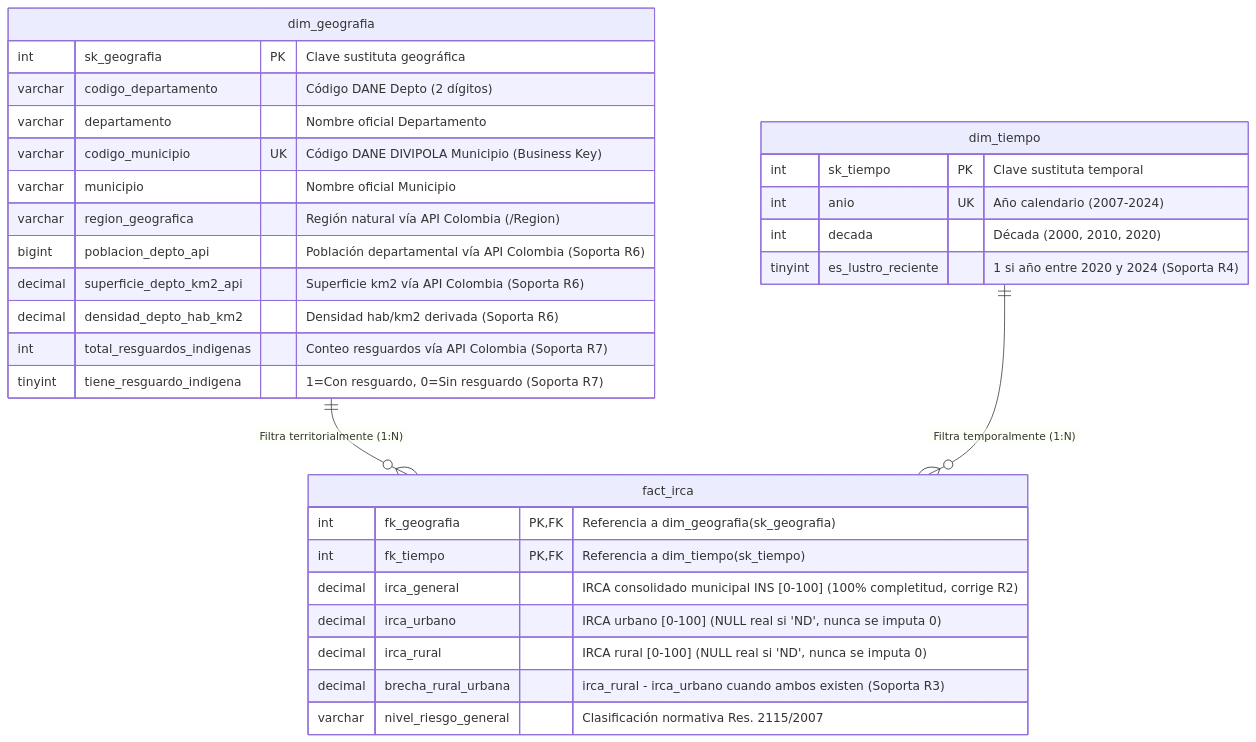
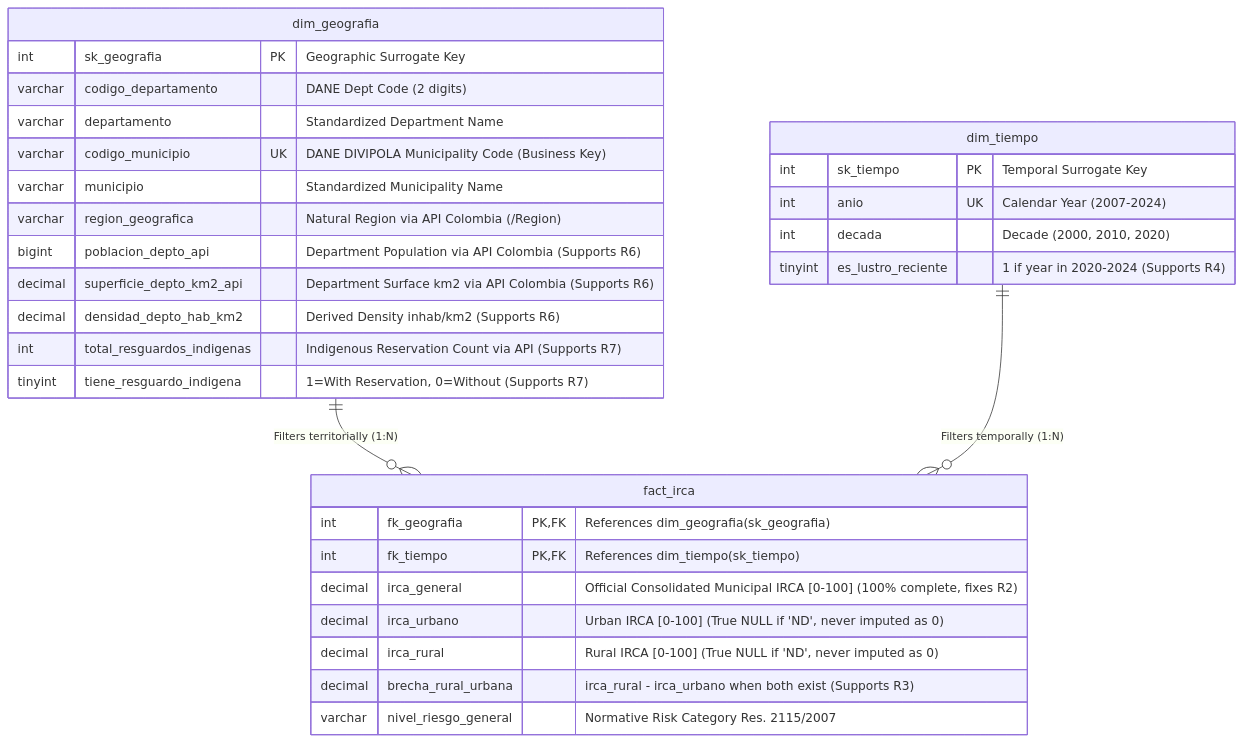
The third of 3 diagrams in README.md (Big2Welker/Project2ETLSVG), drawn with Mermaid before and after one commit. The commit also changed other lines of this file and 1 other file, not shown here.

````diff
--- a/README.md
+++ b/README.md
@@ -244,36 +246,36 @@
 ```mermaid
 erDiagram
-    dim_geografia ||--o{ fact_irca : "Filtra territorialmente (1:N)"
-    dim_tiempo ||--o{ fact_irca : "Filtra temporalmente (1:N)"
+    dim_geografia ||--o{ fact_irca : "Filters territorially (1:N)"
+    dim_tiempo ||--o{ fact_irca : "Filters temporally (1:N)"
 
     dim_tiempo {
-        int sk_tiempo PK "Clave sustituta temporal"
-        int anio UK "Año calendario (2007-2024)"
-        int decada "Década (2000, 2010, 2020)"
-        tinyint es_lustro_reciente "1 si año entre 2020 y 2024 (Soporta R4)"
+        int sk_tiempo PK "Temporal Surrogate Key"
+        int anio UK "Calendar Year (2007-2024)"
+        int decada "Decade (2000, 2010, 2020)"
+        tinyint es_lustro_reciente "1 if year in 2020-2024 (Supports R4)"
     }
 
     dim_geografia {
-        int sk_geografia PK "Clave sustituta geográfica"
-        varchar codigo_departamento "Código DANE Depto (2 dígitos)"
-        varchar departamento "Nombre oficial Departamento"
-        varchar codigo_municipio UK "Código DANE DIVIPOLA Municipio (Business Key)"
-        varchar municipio "Nombre oficial Municipio"
-        varchar region_geografica "Región natural vía API Colombia (/Region)"
-        bigint poblacion_depto_api "Población departamental vía API Colombia (Soporta R6)"
-        decimal superficie_depto_km2_api "Superficie km2 vía API Colombia (Soporta R6)"
-        decimal densidad_depto_hab_km2 "Densidad hab/km2 derivada (Soporta R6)"
-        int total_resguardos_indigenas "Conteo resguardos vía API Colombia (Soporta R7)"
-        tinyint tiene_resguardo_indigena "1=Con resguardo, 0=Sin resguardo (Soporta R7)"
+        int sk_geografia PK "Geographic Surrogate Key"
+        varchar codigo_departamento "DANE Dept Code (2 digits)"
+        varchar departamento "Standardized Department Name"
+        varchar codigo_municipio UK "DANE DIVIPOLA Municipality Code (Business Key)"
+        varchar municipio "Standardized Municipality Name"
+        varchar region_geografica "Natural Region via API Colombia (/Region)"
+        bigint poblacion_depto_api "Department Population via API Colombia (Supports R6)"
+        decimal superficie_depto_km2_api "Department Surface km2 via API Colombia (Supports R6)"
+        decimal densidad_depto_hab_km2 "Derived Density inhab/km2 (Supports R6)"
+        int total_resguardos_indigenas "Indigenous Reservation Count via API (Supports R7)"
+        tinyint tiene_resguardo_indigena "1=With Reservation, 0=Without (Supports R7)"
     }
 
     fact_irca {
-        int fk_geografia PK, FK "Referencia a dim_geografia(sk_geografia)"
-        int fk_tiempo PK, FK "Referencia a dim_tiempo(sk_tiempo)"
-        decimal irca_general "IRCA consolidado municipal INS [0-100] (100% completitud, corrige R2)"
-        decimal irca_urbano "IRCA urbano [0-100] (NULL real si 'ND', nunca se imputa 0)"
-        decimal irca_rural "IRCA rural [0-100] (NULL real si 'ND', nunca se imputa 0)"
-        decimal brecha_rural_urbana "irca_rural - irca_urbano cuando ambos existen (Soporta R3)"
-        varchar nivel_riesgo_general "Clasificación normativa Res. 2115/2007"
+        int fk_geografia PK, FK "References dim_geografia(sk_geografia)"
+        int fk_tiempo PK, FK "References dim_tiempo(sk_tiempo)"
+        decimal irca_general "Official Consolidated Municipal IRCA [0-100] (100% complete, fixes R2)"
+        decimal irca_urbano "Urban IRCA [0-100] (True NULL if 'ND', never imputed as 0)"
+        decimal irca_rural "Rural IRCA [0-100] (True NULL if 'ND', never imputed as 0)"
+        decimal brecha_rural_urbana "irca_rural - irca_urbano when both exist (Supports R3)"
+        varchar nivel_riesgo_general "Normative Risk Category Res. 2115/2007"
     }
 ```
````
